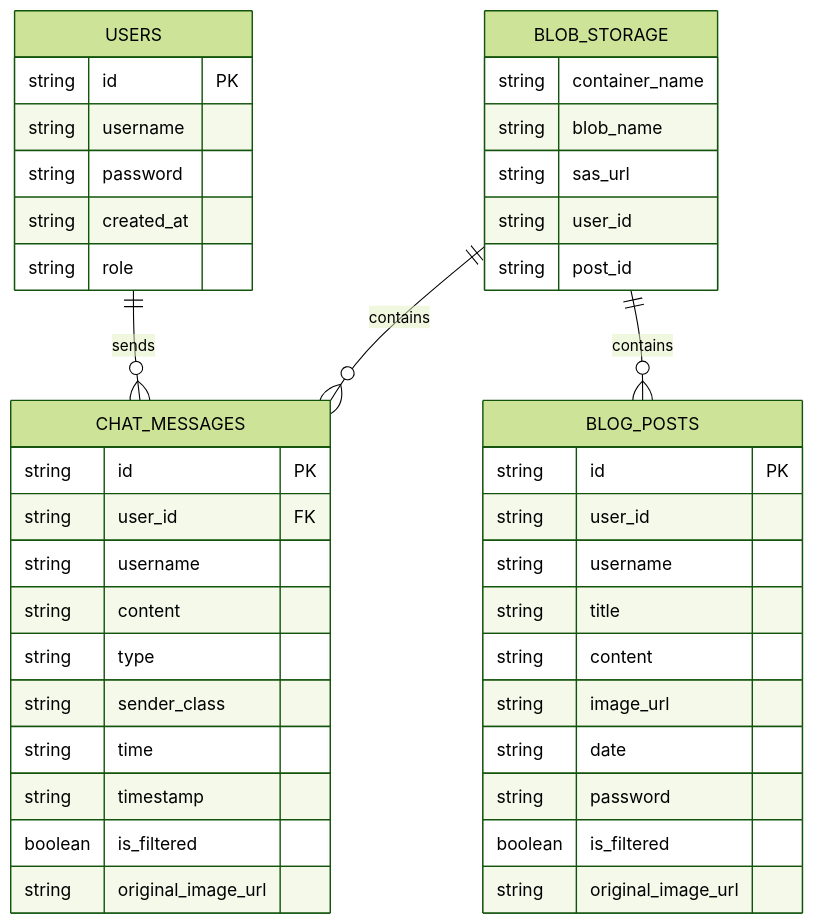
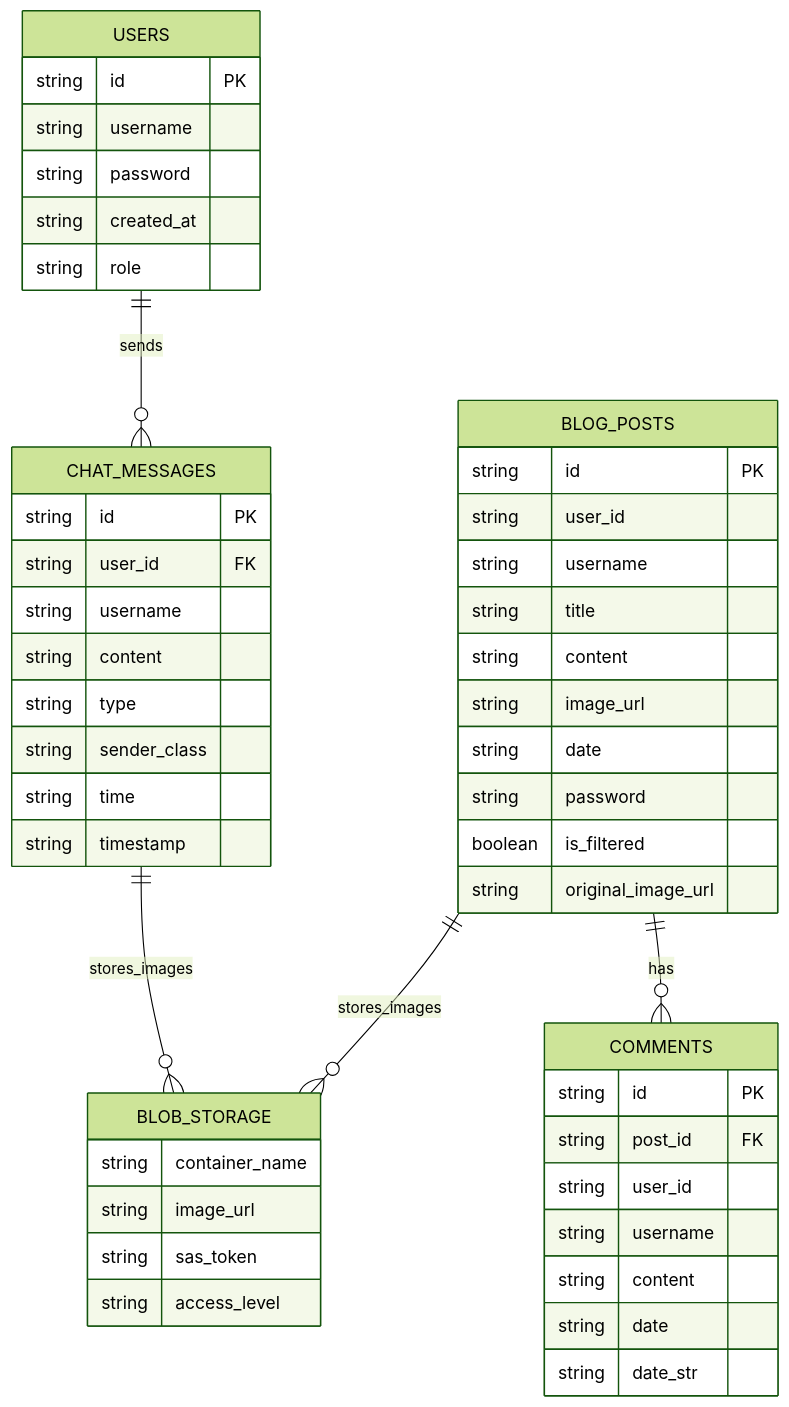
One commit to hyundairotemai2/AIFAKER changed the third of 3 diagrams in README.md. Above: the diagram before and after it, drawn with Mermaid (forest theme).

````diff
--- a/README.md
+++ b/README.md
@@ -77,48 +77,56 @@
 ```mermaid
 erDiagram
-    USERS ||--o{ CHAT_MESSAGES : sends
     USERS {
         string id PK
         string username
         string password
         string created_at
         string role
     }
 
     CHAT_MESSAGES {
         string id PK
         string user_id FK
         string username
         string content
         string type
         string sender_class
         string time
         string timestamp
-        boolean is_filtered
-        string original_image_url
     }
 
     BLOG_POSTS {
         string id PK
         string user_id
         string username
         string title
         string content
         string image_url
         string date
         string password
         boolean is_filtered
         string original_image_url
     }
 
+    COMMENTS {
+        string id PK
+        string post_id FK
+        string user_id
+        string username
+        string content
+        string date
+        string date_str
+    }
+
     BLOB_STORAGE {
         string container_name
-        string blob_name
-        string sas_url
-        string user_id
-        string post_id
+        string image_url
+        string sas_token
+        string access_level
     }
 
-    BLOB_STORAGE ||--o{ BLOG_POSTS : contains
-    BLOB_STORAGE ||--o{ CHAT_MESSAGES : contains
+    USERS ||--o{ CHAT_MESSAGES : "sends"
+    BLOG_POSTS ||--o{ COMMENTS : "has"
+    BLOG_POSTS ||--o{ BLOB_STORAGE : "stores_images"
+    CHAT_MESSAGES ||--o{ BLOB_STORAGE : "stores_images"
 ```
````
